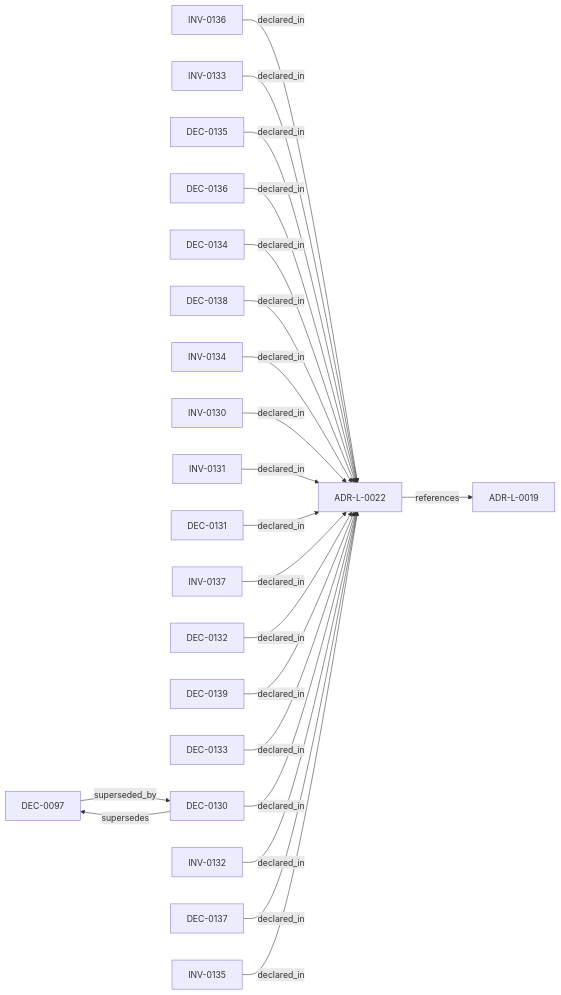
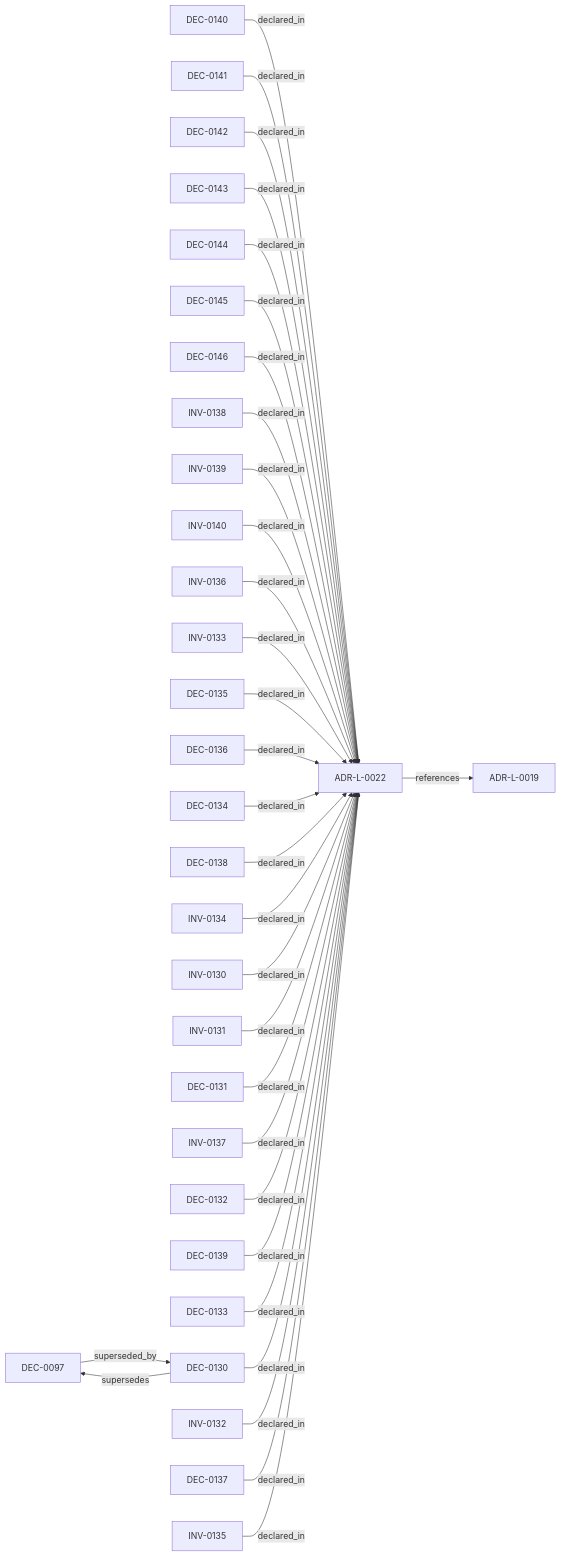
The diagram in adrs/adr-projection/logical/ADR-L-0022-universal-uuidv7-entity-identity.md (egallmann/adr-architecture-kit), drawn with Mermaid before and after one commit. The commit also changed other lines of this file and 19 other files, not shown here.

````diff
--- a/adrs/adr-projection/logical/ADR-L-0022-universal-uuidv7-entity-identity.md
+++ b/adrs/adr-projection/logical/ADR-L-0022-universal-uuidv7-entity-identity.md
@@ -28,45 +28,65 @@
 ```mermaid
 flowchart LR
   n_019fee89_e617_78d9_ba3b_b7e3e6db1b12["ADR-L-0019"]
   n_019fee89_e617_7bdc_b136_032978d92661["DEC-0097"]
+  n_01a002b7_e001_7010_8401_010101010101["DEC-0140"]
+  n_01a002b7_e002_7020_8802_020202020202["DEC-0141"]
+  n_01a002b7_e003_7030_8c03_030303030303["DEC-0142"]
+  n_01a002b7_e004_7040_9004_040404040404["DEC-0143"]
+  n_01a002b7_e005_7050_9405_050505050505["DEC-0144"]
+  n_01a002b7_e006_7060_9806_060606060606["DEC-0145"]
+  n_01a002b7_e007_7070_9c07_070707070707["DEC-0146"]
+  n_01a002b7_e008_7080_a008_080808080808["INV-0138"]
+  n_01a002b7_e009_7090_a409_090909090909["INV-0139"]
+  n_01a002b7_e00a_70a0_a80a_0a0a0a0a0a0a["INV-0140"]
   n_01a00643_1bfc_7017_a03d_b61439e4cb2b["INV-0136"]
   n_01a00643_1bfc_715b_a837_a062f86a6192["INV-0133"]
   n_01a00643_1bfc_71ef_8e1f_694949767d59["DEC-0135"]
   n_01a00643_1bfc_729a_833f_5a3bca5af998["DEC-0136"]
   n_01a00643_1bfc_72a1_af3d_7cca88f676f7["DEC-0134"]
   n_01a00643_1bfc_7528_951b_a457433ae5f4["DEC-0138"]
   n_01a00643_1bfc_7545_b11f_aebc124672f4["INV-0134"]
   n_01a00643_1bfc_757c_ba3a_63a007e981d0["INV-0130"]
   n_01a00643_1bfc_766c_ba3c_2f5aa66d59f6["INV-0131"]
   n_01a00643_1bfc_7676_812e_219c659674b2["DEC-0131"]
   n_01a00643_1bfc_7840_811f_831007e661b2["INV-0137"]
   n_01a00643_1bfc_788c_911b_83a4725a8de1["ADR-L-0022"]
   n_01a00643_1bfc_7922_9c18_f6938ee01c41["DEC-0132"]
   n_01a00643_1bfc_7936_bb29_afde4c57721d["DEC-0139"]
   n_01a00643_1bfc_7b7e_883d_6c7dfff3325f["DEC-0133"]
   n_01a00643_1bfc_7c3d_b935_01f39da8a0a5["DEC-0130"]
   n_01a00643_1bfc_7dd1_a439_31a110f8ed50["INV-0132"]
   n_01a00643_1bfc_7e7a_af3f_0484ebc351c9["DEC-0137"]
   n_01a00643_1bfc_7f05_b617_6960fa562bea["INV-0135"]
+  n_01a002b7_e001_7010_8401_010101010101 -->|"declared_in"| n_01a00643_1bfc_788c_911b_83a4725a8de1
+  n_01a002b7_e002_7020_8802_020202020202 -->|"declared_in"| n_01a00643_1bfc_788c_911b_83a4725a8de1
+  n_01a002b7_e003_7030_8c03_030303030303 -->|"declared_in"| n_01a00643_1bfc_788c_911b_83a4725a8de1
+  n_01a002b7_e004_7040_9004_040404040404 -->|"declared_in"| n_01a00643_1bfc_788c_911b_83a4725a8de1
+  n_01a002b7_e005_7050_9405_050505050505 -->|"declared_in"| n_01a00643_1bfc_788c_911b_83a4725a8de1
+  n_01a002b7_e006_7060_9806_060606060606 -->|"declared_in"| n_01a00643_1bfc_788c_911b_83a4725a8de1
+  n_01a002b7_e007_7070_9c07_070707070707 -->|"declared_in"| n_01a00643_1bfc_788c_911b_83a4725a8de1
+  n_01a002b7_e008_7080_a008_080808080808 -->|"declared_in"| n_01a00643_1bfc_788c_911b_83a4725a8de1
+  n_01a002b7_e009_7090_a409_090909090909 -->|"declared_in"| n_01a00643_1bfc_788c_911b_83a4725a8de1
+  n_01a002b7_e00a_70a0_a80a_0a0a0a0a0a0a -->|"declared_in"| n_01a00643_1bfc_788c_911b_83a4725a8de1
   n_01a00643_1bfc_7017_a03d_b61439e4cb2b -->|"declared_in"| n_01a00643_1bfc_788c_911b_83a4725a8de1
   n_01a00643_1bfc_715b_a837_a062f86a6192 -->|"declared_in"| n_01a00643_1bfc_788c_911b_83a4725a8de1
   n_01a00643_1bfc_71ef_8e1f_694949767d59 -->|"declared_in"| n_01a00643_1bfc_788c_911b_83a4725a8de1
   n_01a00643_1bfc_729a_833f_5a3bca5af998 -->|"declared_in"| n_01a00643_1bfc_788c_911b_83a4725a8de1
   n_01a00643_1bfc_72a1_af3d_7cca88f676f7 -->|"declared_in"| n_01a00643_1bfc_788c_911b_83a4725a8de1
   n_01a00643_1bfc_7528_951b_a457433ae5f4 -->|"declared_in"| n_01a00643_1bfc_788c_911b_83a4725a8de1
   n_01a00643_1bfc_7545_b11f_aebc124672f4 -->|"declared_in"| n_01a00643_1bfc_788c_911b_83a4725a8de1
   n_01a00643_1bfc_757c_ba3a_63a007e981d0 -->|"declared_in"| n_01a00643_1bfc_788c_911b_83a4725a8de1
   n_01a00643_1bfc_766c_ba3c_2f5aa66d59f6 -->|"declared_in"| n_01a00643_1bfc_788c_911b_83a4725a8de1
   n_01a00643_1bfc_7676_812e_219c659674b2 -->|"declared_in"| n_01a00643_1bfc_788c_911b_83a4725a8de1
   n_01a00643_1bfc_7840_811f_831007e661b2 -->|"declared_in"| n_01a00643_1bfc_788c_911b_83a4725a8de1
   n_01a00643_1bfc_7922_9c18_f6938ee01c41 -->|"declared_in"| n_01a00643_1bfc_788c_911b_83a4725a8de1
   n_01a00643_1bfc_7936_bb29_afde4c57721d -->|"declared_in"| n_01a00643_1bfc_788c_911b_83a4725a8de1
   n_01a00643_1bfc_7b7e_883d_6c7dfff3325f -->|"declared_in"| n_01a00643_1bfc_788c_911b_83a4725a8de1
   n_01a00643_1bfc_7c3d_b935_01f39da8a0a5 -->|"declared_in"| n_01a00643_1bfc_788c_911b_83a4725a8de1
   n_01a00643_1bfc_7dd1_a439_31a110f8ed50 -->|"declared_in"| n_01a00643_1bfc_788c_911b_83a4725a8de1
   n_01a00643_1bfc_7e7a_af3f_0484ebc351c9 -->|"declared_in"| n_01a00643_1bfc_788c_911b_83a4725a8de1
   n_01a00643_1bfc_7f05_b617_6960fa562bea -->|"declared_in"| n_01a00643_1bfc_788c_911b_83a4725a8de1
   n_01a00643_1bfc_788c_911b_83a4725a8de1 -->|"references"| n_019fee89_e617_78d9_ba3b_b7e3e6db1b12
   n_019fee89_e617_7bdc_b136_032978d92661 -->|"superseded_by"| n_01a00643_1bfc_7c3d_b935_01f39da8a0a5
   n_01a00643_1bfc_7c3d_b935_01f39da8a0a5 -->|"supersedes"| n_019fee89_e617_7bdc_b136_032978d92661
 ```
````
